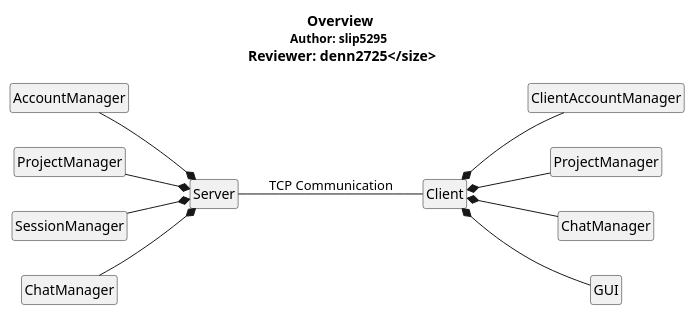
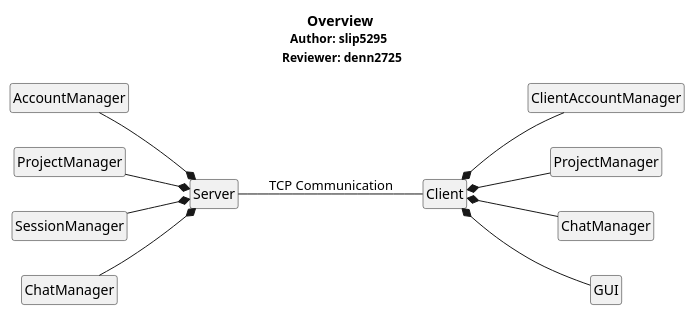
Before and after one commit to voxelv/sQuire_kw: the diagram in hw3/Overview/overview.pu, drawn with PlantUML.

Commit message:
edited author/reviewer line

```diff
--- a/hw3/Overview/overview.pu
+++ b/hw3/Overview/overview.pu
@@ -1,34 +1,34 @@
 @startuml
 hide circle
 hide empty members
 
-title <b>Overview</b>\n<size:12>Author: slip5295 \n Reviewer: denn2725</size>
+title <b>Overview</b>\n<size:12>Author: slip5295 \n <size:12>Reviewer: denn2725</size>
 
 left to right direction
 
 class "Client" as sq_c 
 class "Server" as sq_s
 
 class "ClientAccountManager" as sq_acntmgr 
 class "ProjectManager" as sq_projmgr
 class "ChatManager" as sq_chatmgr
 class "GUI" as sq_gui
 
 class "AccountManager" as sqs_ua_m
 class "ProjectManager" as sqs_pr_m
 class "SessionManager" as sqs_se_m
 class "ChatManager" as sqs_ch_m
 
 sq_c *-- sq_projmgr
 sq_c *-- sq_acntmgr
 sq_c *-- sq_chatmgr
 sq_c *-- sq_gui
 
 sq_c -up- sq_s : TCP Communication
 
 sqs_pr_m --* sq_s 
 sqs_ua_m --* sq_s 
 sqs_se_m --* sq_s 
 sqs_ch_m --* sq_s 
 
 @enduml
```
